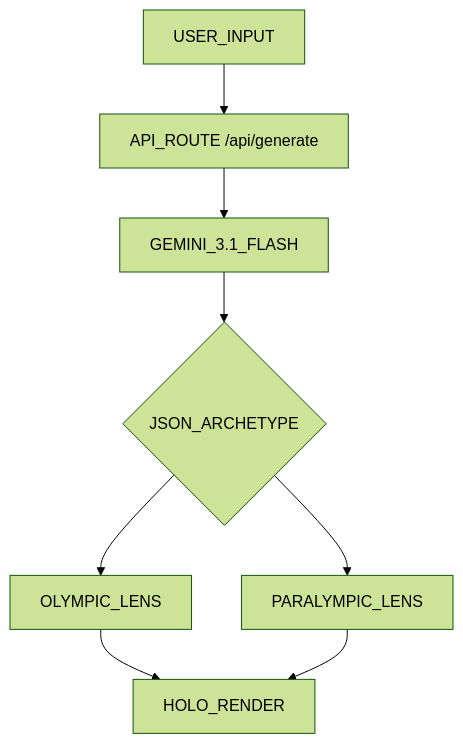
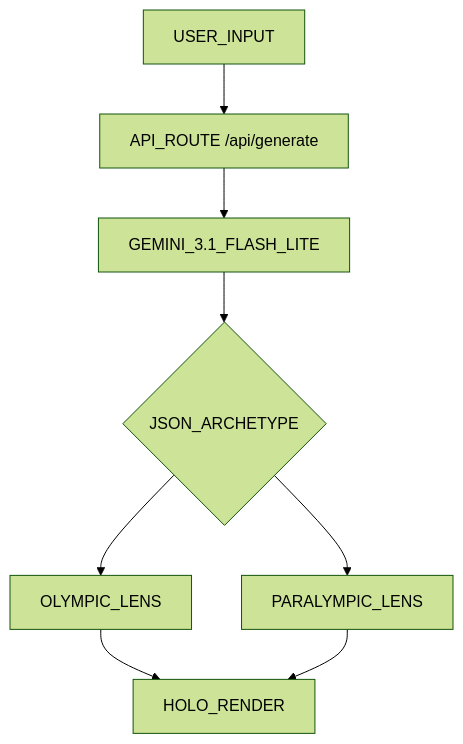
The diagram in README.md (jeffgreendesign/holo-type), drawn with Mermaid (forest theme) before and after one commit. The commit also changed other lines of this file and 1 other file, not shown here.

Commit message:
docs: reconcile Gemini model name across README and CLAUDE.md
The code calls models/gemini-3.1-flash-lite, but the README badge and
mermaid diagram said 'Gemini 3.1 Flash' and CLAUDE.md said
'gemini-2.5-flash'. Unified to gemini-3.1-flash-lite everywhere.

````diff
--- a/README.md
+++ b/README.md
@@ -100,9 +100,9 @@
 ```mermaid
 graph TD
     A[USER_INPUT] --> B[API_ROUTE /api/generate]
-    B --> C[GEMINI_3.1_FLASH]
+    B --> C[GEMINI_3.1_FLASH_LITE]
     C --> D{JSON_ARCHETYPE}
     D --> E[OLYMPIC_LENS]
     D --> F[PARALYMPIC_LENS]
     E & F --> G[HOLO_RENDER]
 ```
````
